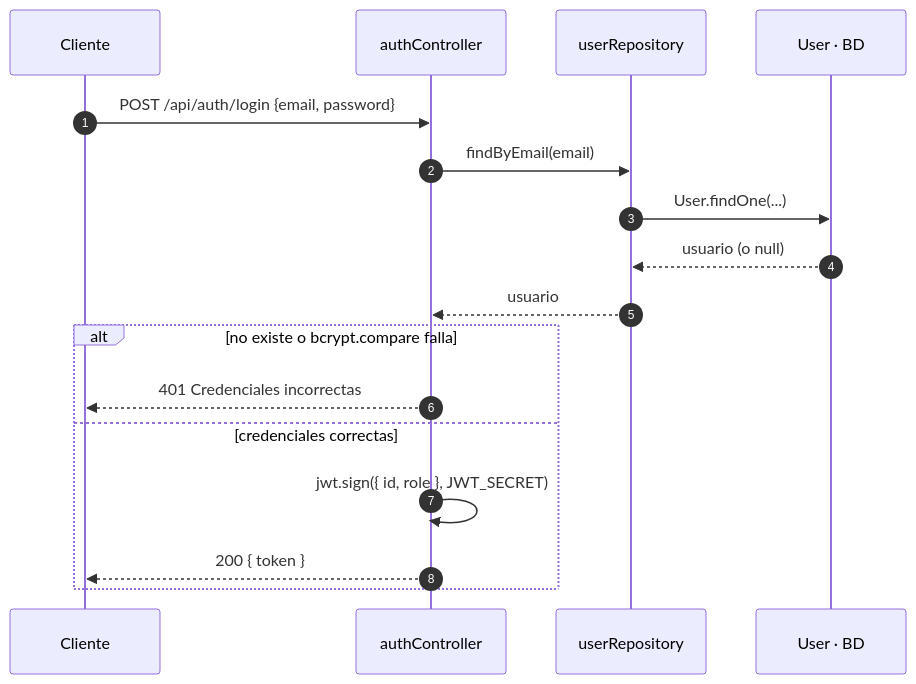
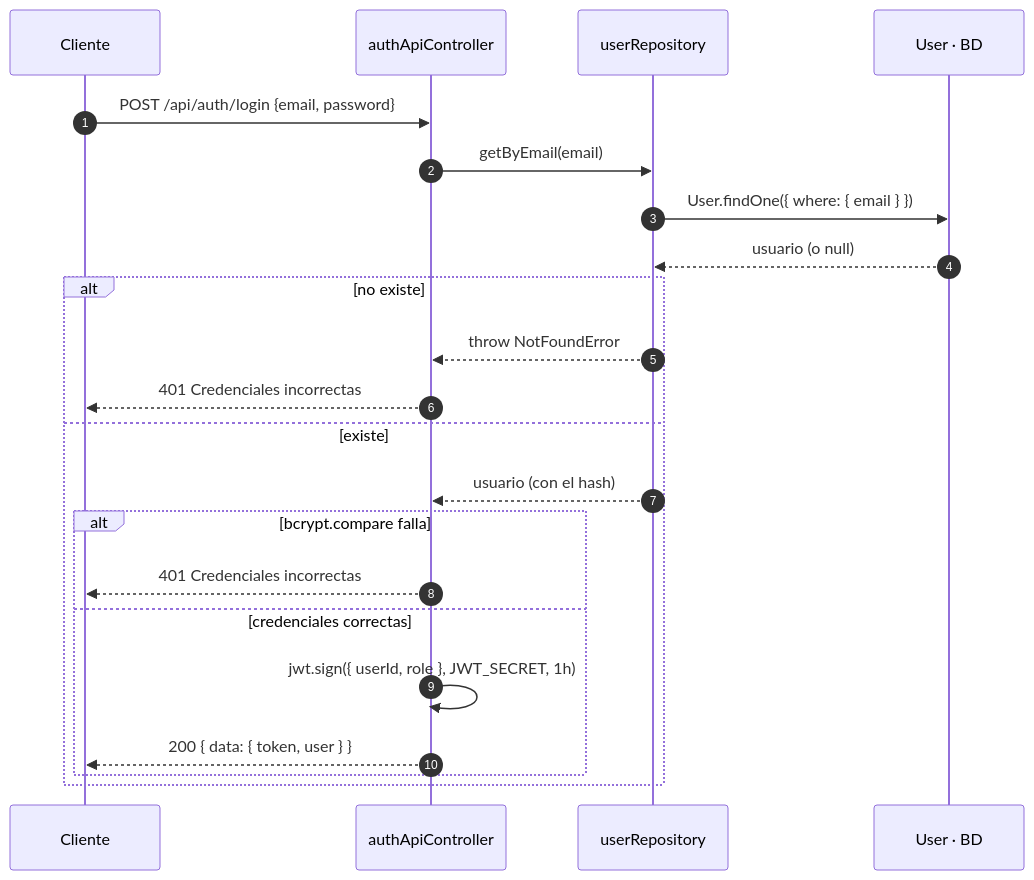
Before and after one commit to LdMe/backend_superheroes_segunda: the fifth of 7 diagrams in docs/memoria.md, drawn with Mermaid. The commit also changed other lines of this file and 19 other files, not shown here.

````diff
--- a/docs/memoria.md
+++ b/docs/memoria.md
@@ -442,20 +494,25 @@
 ```mermaid
 sequenceDiagram
     autonumber
     participant C as Cliente
-    participant K as authController
+    participant K as authApiController
     participant R as userRepository
     participant DB as User · BD
 
     C->>K: POST /api/auth/login {email, password}
-    K->>R: findByEmail(email)
-    R->>DB: User.findOne(...)
+    K->>R: getByEmail(email)
+    R->>DB: User.findOne({ where: { email } })
     DB-->>R: usuario (o null)
-    R-->>K: usuario
-    alt no existe o bcrypt.compare falla
+    alt no existe
+        R-->>K: throw NotFoundError
         K-->>C: 401 Credenciales incorrectas
-    else credenciales correctas
-        K->>K: jwt.sign({ id, role }, JWT_SECRET)
-        K-->>C: 200 { token }
+    else existe
+        R-->>K: usuario (con el hash)
+        alt bcrypt.compare falla
+            K-->>C: 401 Credenciales incorrectas
+        else credenciales correctas
+            K->>K: jwt.sign({ userId, role }, JWT_SECRET, 1h)
+            K-->>C: 200 { data: { token, user } }
+        end
     end
 ```
````
